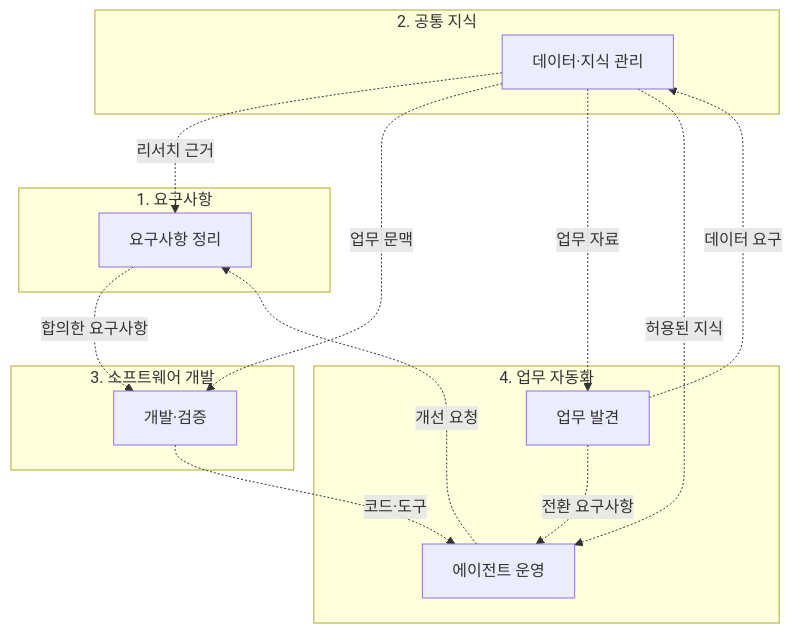
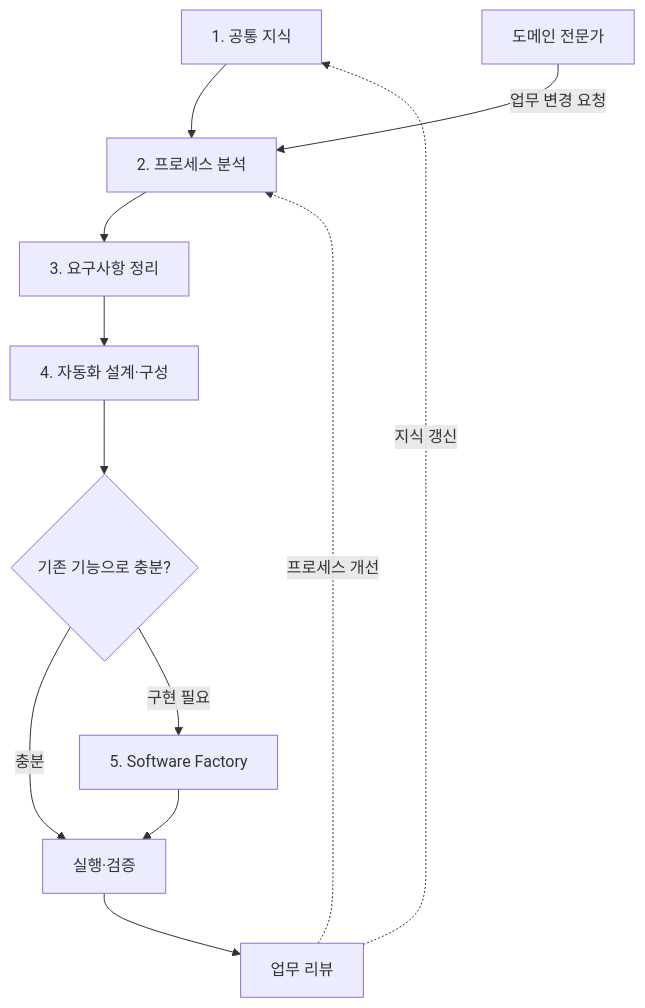
One commit to haandol/haandol.github.com changed the first of 9 diagrams in _posts/2026-11-05-enterprise-wide-ax-essentials.md. Above: the diagram before and after it, drawn with Mermaid. The commit also changed other lines of this file and 1 other file, not shown here.

````diff
--- a/_posts/2026-11-05-enterprise-wide-ax-essentials.md
+++ b/_posts/2026-11-05-enterprise-wide-ax-essentials.md
@@ -39,25 +43,14 @@
 ```mermaid
 flowchart TB
-  subgraph X1["1. 요구사항"]
-    H["요구사항 정리"]
-  end
-  subgraph X2["2. 공통 지식"]
-    K["데이터·지식 관리"]
-  end
-  subgraph X3["3. 소프트웨어 개발"]
-    F["개발·검증"]
-  end
-  subgraph X4["4. 업무 자동화"]
-    S["업무 발견"]
-    W["에이전트 운영"]
-    S -.->|"전환 요구사항"| W
-  end
-  H -.->|"합의한 요구사항"| F
-  F -.->|"코드·도구"| W
-  W -.->|"개선 요청"| H
-  K -.->|"리서치 근거"| H
-  K -.->|"업무 문맥"| F
-  K -.->|"업무 자료"| S
-  S -.->|"데이터 요구"| K
-  K -.->|"허용된 지식"| W
+  K["1. 공통 지식"] --> P["2. 프로세스 분석"]
+  U["도메인 전문가"] -->|"업무 변경 요청"| P
+  P --> R["3. 요구사항 정리"]
+  R --> A["4. 자동화 설계·구성"]
+  A --> D{"기존 기능으로 충분?"}
+  D -->|"충분"| E["실행·검증"]
+  D -->|"구현 필요"| F["5. Software Factory"]
+  F --> E
+  E --> V["업무 리뷰"]
+  V -.->|"지식 갱신"| K
+  V -.->|"프로세스 개선"| P
 ```
````
